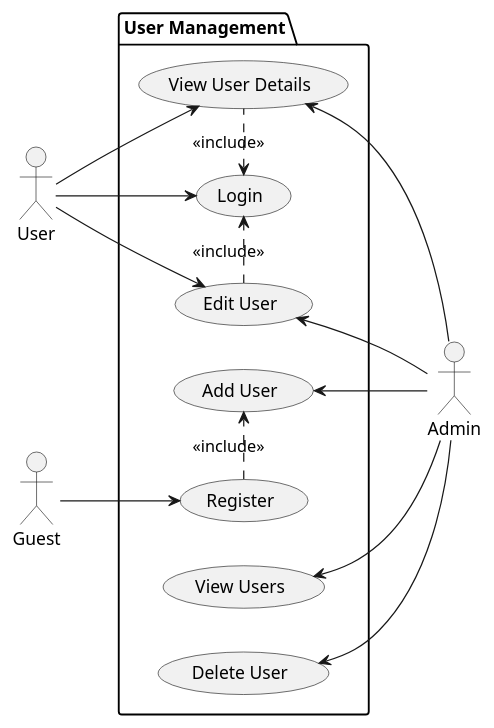
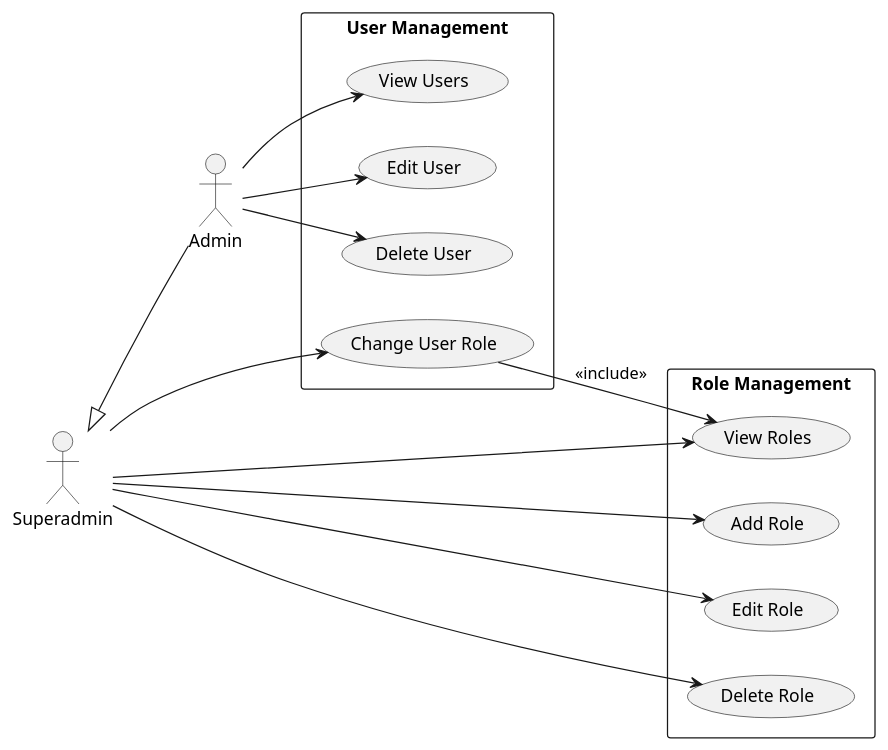
One commit to Aliefhasyani/Halobat changed the diagram in Documents/Diagrams/Use Case/user-management-usecase.wsd. Above: the diagram before and after it, drawn with PlantUML. The commit also changed 39 other files, not shown here.

Commit message:
FEAT: Refactor sequence, use case, and ERD diagrams for improved clarity and organization

```diff
--- a/Documents/Diagrams/Use Case/user-management-usecase.wsd
+++ b/Documents/Diagrams/Use Case/user-management-usecase.wsd
@@ -1,23 +1,35 @@
-@startuml user-management-usecase
-skinparam linetype spline
+@startuml User Management Use Case
 left to right direction
 
 actor Admin
-actor User
-actor Guest
+actor Superadmin
 
-package "User Management" {
-  (View Users) <-- Admin
-  (Add User) <-- Admin
-  (Edit User) <-- Admin
-  (View User Details) <-- Admin
-  (Delete User) <-- Admin
-  User --> (View User Details)
-  User --> (Edit User)
-  User --> (Login)
-  Guest --> (Register)
-  (Edit User) .> (Login) : <<include>>
-  (Login) <. (View User Details) : <<include>>
-  (Register) .> (Add User) : <<include>>
+Superadmin <|-- Admin
+
+rectangle "User Management" {
+    usecase "View Users" as UC1
+    usecase "Edit User" as UC2
+    usecase "Delete User" as UC3
+    usecase "Change User Role" as UC4
 }
+    
+rectangle "Role Management" {
+    usecase "View Roles" as UC5
+    usecase "Add Role" as UC6
+    usecase "Edit Role" as UC7
+    usecase "Delete Role" as UC8
+}
+
+Admin --> UC1
+Admin --> UC2
+Admin --> UC3
+
+Superadmin --> UC4
+
+Superadmin --> UC5
+Superadmin --> UC6
+Superadmin --> UC7
+Superadmin --> UC8
+
+UC4 --> UC5 : <<include>>
 @enduml
```
